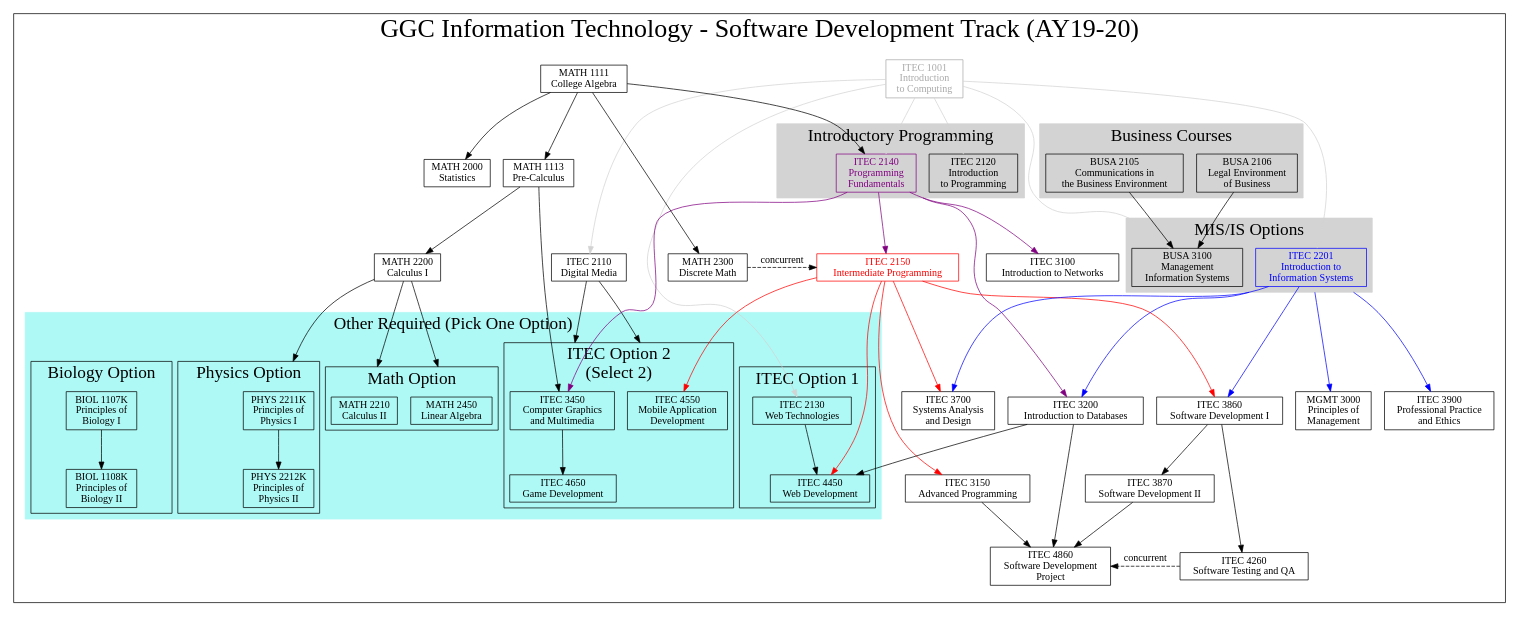
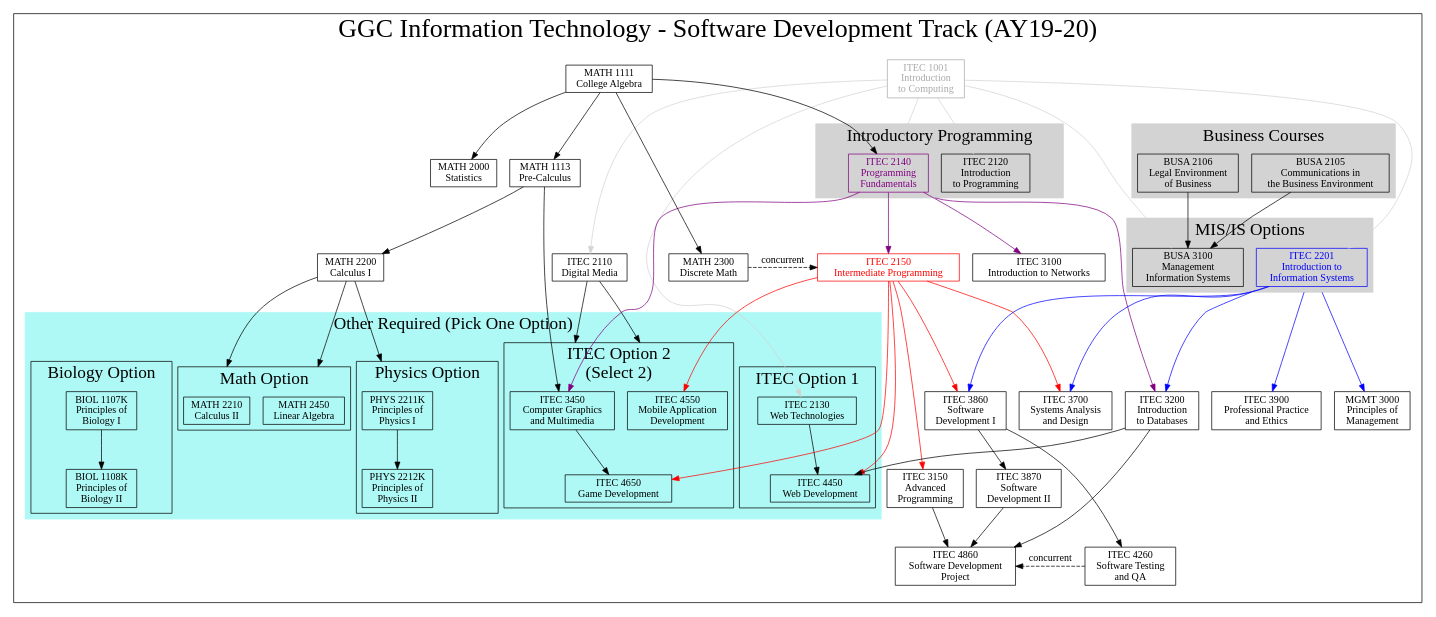
One commit to rjlutz/itec-plans changed the diagram in AY19-20/SoftwareDevelopment.dot. Above: the diagram before and after it, drawn with Graphviz.

Commit message:
Missing prereqs and styling

```diff
--- a/AY19-20/SoftwareDevelopment.dot
+++ b/AY19-20/SoftwareDevelopment.dot
@@ -1,188 +1,189 @@
 digraph G {
 
     node [shape = record, fontname="Sans serif" fontsize="14"];
     compound = true //  needed to link clusters and nodes
     splines = true
     ranksep=0.75
 
      // All
     itec1001[label = "ITEC 1001\nIntroduction \nto Computing" color=darkgray fontcolor=darkgray shape=box]
     itec2110[label = "ITEC 2110\nDigital Media" shape=box]
     itec2120[label = "ITEC 2120\nIntroduction\nto Programming" shape=box]
     itec2130[label = "ITEC 2130\nWeb Technologies" shape=box]
     itec2140[label = "ITEC 2140\nProgramming \nFundamentals" color=purple fontcolor=purple shape=box]
     itec2150[label = "ITEC 2150\nIntermediate Programming" color=red fontcolor=red shape=box]
     itec2201[label = "ITEC 2201\nIntroduction to\nInformation Systems" color=blue fontcolor=blue shape=box]
     itec3100[label = "ITEC 3100\nIntroduction to Networks" shape=box]
-    itec3200[label = "ITEC 3200\nIntroduction to Databases" shape=box]
+    itec3200[label = "ITEC 3200\nIntroduction\nto Databases" shape=box]
     itec3900[label = "ITEC 3900\nProfessional Practice\nand Ethics" shape=box]
     busa2105[label = "BUSA 2105\nCommunications in\nthe Business Environment" shape=box]
     busa2106[label = "BUSA 2106\nLegal Environment\nof Business" shape=box]
     busa3100[label = "BUSA 3100\nManagement \nInformation Systems" shape=box]
     math1111[label = "MATH 1111\nCollege Algebra" shape=box]
     math1113[label = "MATH 1113\nPre-Calculus" shape=box]
     math2300[label = "MATH 2300\nDiscrete Math" shape=box]
     math2000[label = "MATH 2000\nStatistics" shape=box]
     math2200[label = "MATH 2200\nCalculus I" shape=box]
     mgmt3000[label = "MGMT 3000\nPrinciples of\nManagement" shape=box]
 
     // Software Development 
-    itec3150[label = "ITEC 3150\nAdvanced Programming" shape=box]
+    itec3150[label = "ITEC 3150\nAdvanced\nProgramming" shape=box]
     itec3450[label = "ITEC 3450\nComputer Graphics\nand Multimedia" shape=box]
     itec3700[label = "ITEC 3700\nSystems Analysis\nand Design" shape=box]
-    itec3860[label = "ITEC 3860\nSoftware Development I" shape=box]
-    itec3870[label = "ITEC 3870\nSoftware Development II" shape=box]
-    itec4260[label = "ITEC 4260\nSoftware Testing and QA" shape=box]
+    itec3860[label = "ITEC 3860\nSoftware\nDevelopment I" shape=box]
+    itec3870[label = "ITEC 3870\nSoftware\nDevelopment II" shape=box]
+    itec4260[label = "ITEC 4260\nSoftware Testing\n and QA" shape=box]
     itec4860[label = "ITEC 4860\nSoftware Development\nProject" shape=box]
     itec4450[label = "ITEC 4450\nWeb Development" shape=box]
     itec4550[label = "ITEC 4550\nMobile Application\nDevelopment" shape=box]
     itec4650[label = "ITEC 4650\nGame Development" shape=box]
     math2210[label = "MATH 2210\nCalculus II" shape=box]
     math2450[label = "MATH 2450\nLinear Algebra" shape=box]
     phys2211k[label = "PHYS 2211K\nPrinciples of\nPhysics I" shape=box]
     phys2212k[label = "PHYS 2212K\nPrinciples of\nPhysics II" shape=box]
     biol1107k[label = "BIOL 1107K\nPrinciples of\nBiology I" shape=box]
     biol1108k[label = "BIOL 1108K\nPrinciples of\nBiology II" shape=box]
 
 
     subgraph clustersd {
             label="GGC Information Technology - Software Development Track (AY19-20)"
             fontsize="36"
 
         subgraph clusterrequired {
             label=""
             node [style=filled];
             style=filled;
             fontsize="24"
 
             color="#FFFFFF";
             
             itec1001 -> itec2110 [color=lightgray]
             itec1001 -> itec2120 [color=lightgray]
             itec1001 -> itec2130 [color=lightgray]
             itec1001 -> itec2201 [color=lightgray]
             itec1001 -> busa3100 [color=lightgray]
 
             busa2106 -> busa3100
             busa2105 -> busa3100
             itec1001 -> itec2140 [color=lightgray]
             itec2140 -> itec2150 [color=purple]
             itec2150 -> itec3150 [/*lltail=clusterdiscrete*/ color=red]
 
             itec2140 -> itec3100 [color=purple]
             itec2201 -> itec3200 [color=blue ltail=cluster22013100];
             itec2140 -> itec3200 [ltail=cluster21202140 color=purple]
 
+            itec2150 -> itec4650 [color=red]
             itec2150 -> itec3700 [/*lltail=clusterdiscrete*/ color=red]
             itec2201 -> itec3700 [color=blue]
 
             itec2150 -> itec3860 [color=red]
             itec2201 -> itec3860 [color=blue]
             itec3860 -> itec3870
             itec2201 -> itec3900 [ltail=cluster22013100 color=blue]
             itec3860 -> itec4260 //[lhead=clusterQA]
             itec2201 -> mgmt3000 [ltail=cluster22013100 color=blue]
 
             itec3200 -> itec4860
             itec3150 -> itec4860
             itec3870 -> itec4860
 
             math1113 -> math2200
             math1111 -> math1113
             math1111 -> math2000
             math1111 -> math2300 //[lhead=clusterdiscrete]
             math1111 -> itec2140
             math2200 -> math2210 [lhead=clustermathopt]
             math2200 -> math2450 [lhead=clustermathopt]
             itec3200 -> itec4450
 
             math1113 -> itec3450
             itec2110 -> itec3450 [lhead=clusteritecopt2]
             itec2140 -> itec3450 [color=purple]
             itec2110 -> itec4550 [lhead=clusteritecopt2]
             math2200 -> phys2211k [lhead=clusterphysopt]
             itec2150 -> itec4550 [color=red]
 
             subgraph cluster21202140 {
                 label = "Introductory Programming";
                 color=lightgrey;
                 itec2120
                 itec2140
             }
             subgraph cluster22013100 {
                 label = "MIS/IS Options";
                 color=lightgrey;
                 itec2201
                 busa3100
             }
             subgraph cluster21052106 {
                 label = "Business Courses"
                 color=lightgrey;
                 busa2105
                 busa2106
             }
             
             subgraph clusterdiscrete {
                 /*label = "Prereq w/ Concurrency";
                 node [style=filled];
                 style=filled;
                 color=lightgrey;*/
                 math2300 -> itec2150 [constraint=false, label="concurrent", style=dashed];
             }
 
             subgraph clusterQA {
                 /*label = "Prereq w/ Concurrency";
                 node [style=filled];
                 style=filled;
                 color=lightgrey;*/
                 itec4260 -> itec4860 [constraint=false, label="concurrent", style=dashed];
 
             }
 
             subgraph clusterotherrequired {
                 label = "Other Required (Pick One Option)"
                 node [style=filled];
                 style=filled;
                 color="#AEF9F5"
 
                 subgraph clusteritecopt1 {
                     label = "ITEC Option 1";
                     graph[style=solid]
                     color=black
                     itec2130 -> itec4450
                     itec2150 -> itec4450 [color=red]
                 }
 
                 subgraph clusteritecopt2 {
                     label = "ITEC Option 2\n(Select 2)"
                     graph[style=solid]
                     color=black
                     itec3450 -> itec4650
                     itec4550
                 }
 
                 subgraph clusterbiolopt {
                     label = "Biology Option";
                     graph[style=solid]
                     color=black
                     biol1107k -> biol1108k
                 }
 
                 subgraph clustermathopt {
                     label = "Math Option";
                     graph[style=solid]
                     color=black
                     math2210
                     math2450
                 }
 
                 subgraph clusterphysopt {
                     label = "Physics Option"
                     graph[style=solid]
                     color=black
                     phys2211k -> phys2212k
                 }
             }
         }    
     }
 }
```
